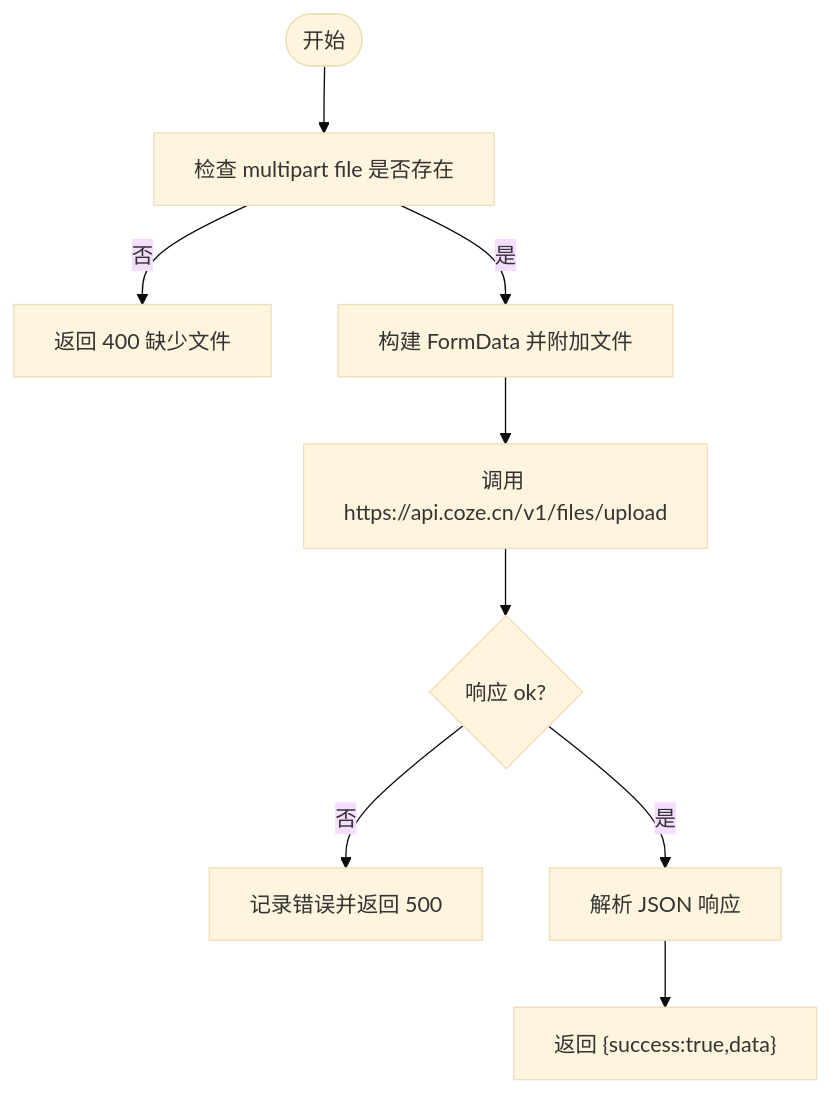
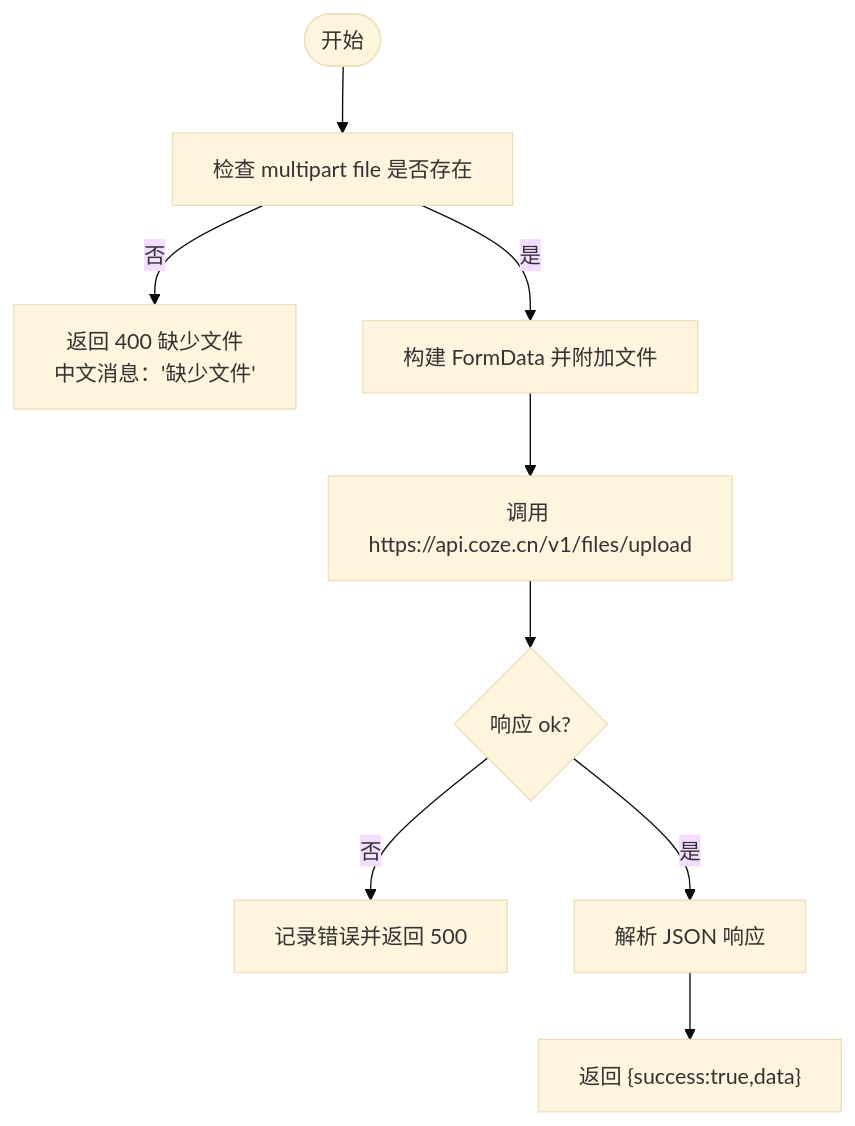
One commit to hanksd769-droid/sailshub changed the fifth of 9 diagrams in .qoder/repowiki/zh/content/API 接口文档/API 接口文档.md. Above: the diagram before and after it, drawn with Mermaid (base theme). The commit also changed other lines of this file and 4 other files, not shown here.

````diff
--- a/.qoder/repowiki/zh/content/API 接口文档/API 接口文档.md
+++ b/.qoder/repowiki/zh/content/API 接口文档/API 接口文档.md
@@ -331,11 +330,11 @@
 ```mermaid
 flowchart TD
 Start(["开始"]) --> CheckFile["检查 multipart file 是否存在"]
-CheckFile --> |否| Err400["返回 400 缺少文件"]
+CheckFile --> |否| Err400["返回 400 缺少文件<br/>中文消息：'缺少文件'"]
 CheckFile --> |是| BuildForm["构建 FormData 并附加文件"]
 BuildForm --> CallCoze["调用 https://api.coze.cn/v1/files/upload"]
 CallCoze --> RespOK{"响应 ok?"}
 RespOK --> |否| LogErr["记录错误并返回 500"]
 RespOK --> |是| Parse["解析 JSON 响应"]
 Parse --> Done["返回 {success:true,data}"]
 ```
````
